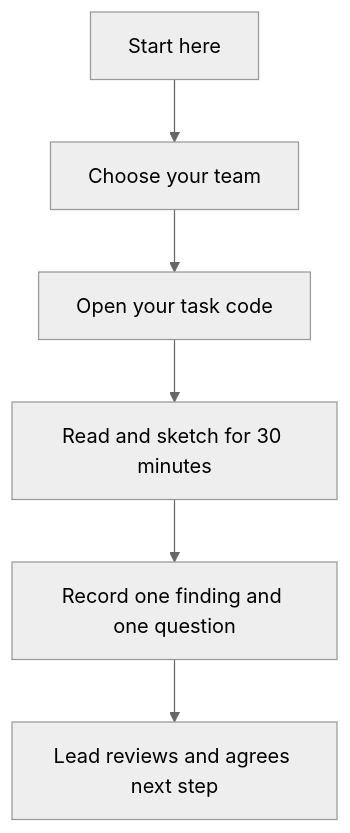
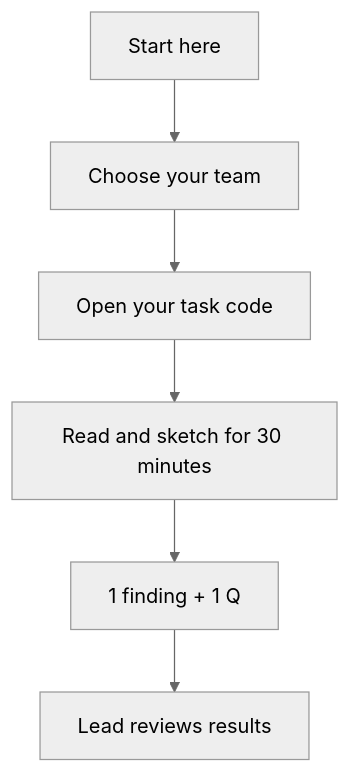
Before and after one commit to Rensselaer-Spaceflight-Society/CORE: the diagram in workspaces/README.md, drawn with Mermaid (neutral theme).

Commit message:
Simplify flowchart text in README

````diff
--- a/workspaces/README.md
+++ b/workspaces/README.md
@@ -23,8 +23,8 @@
 ```mermaid
 flowchart TD
     A[Start here] --> B[Choose your team]
     B --> C[Open your task code]
     C --> D[Read and sketch for 30 minutes]
-    D --> E[Record one finding and one question]
-    E --> F[Lead reviews and agrees next step]
+    D --> E[1 finding + 1 Q]
+    E --> F[Lead reviews results]
 ```
````
